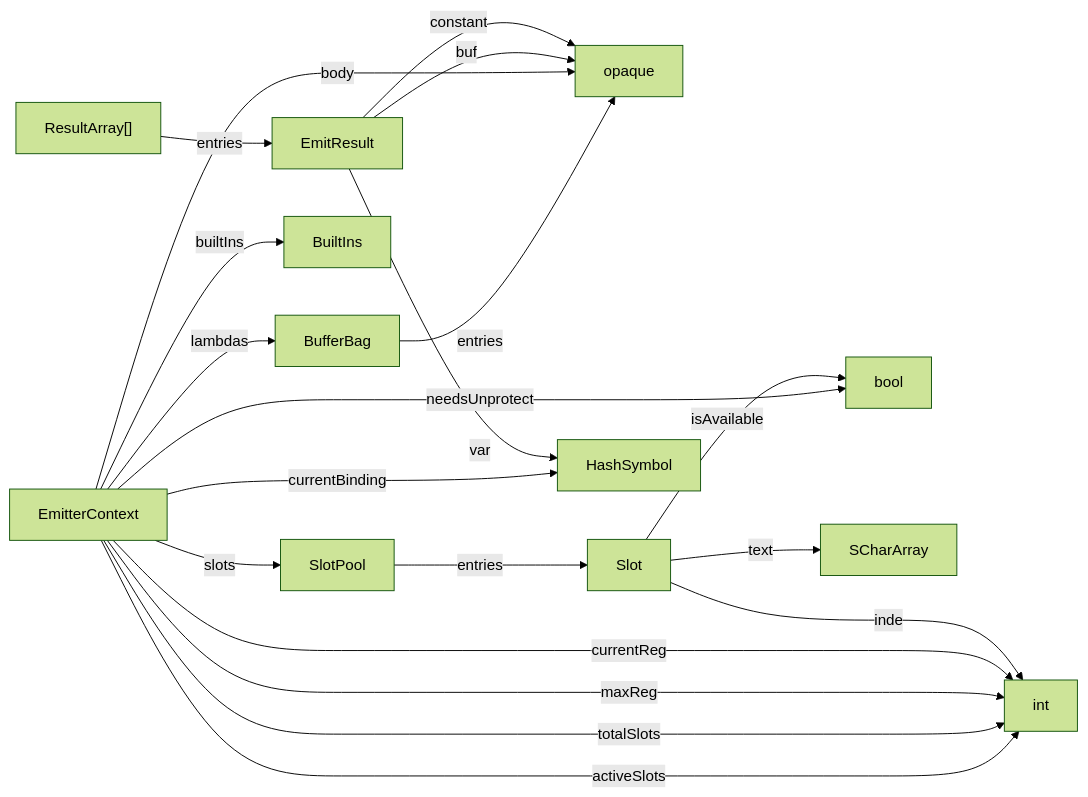
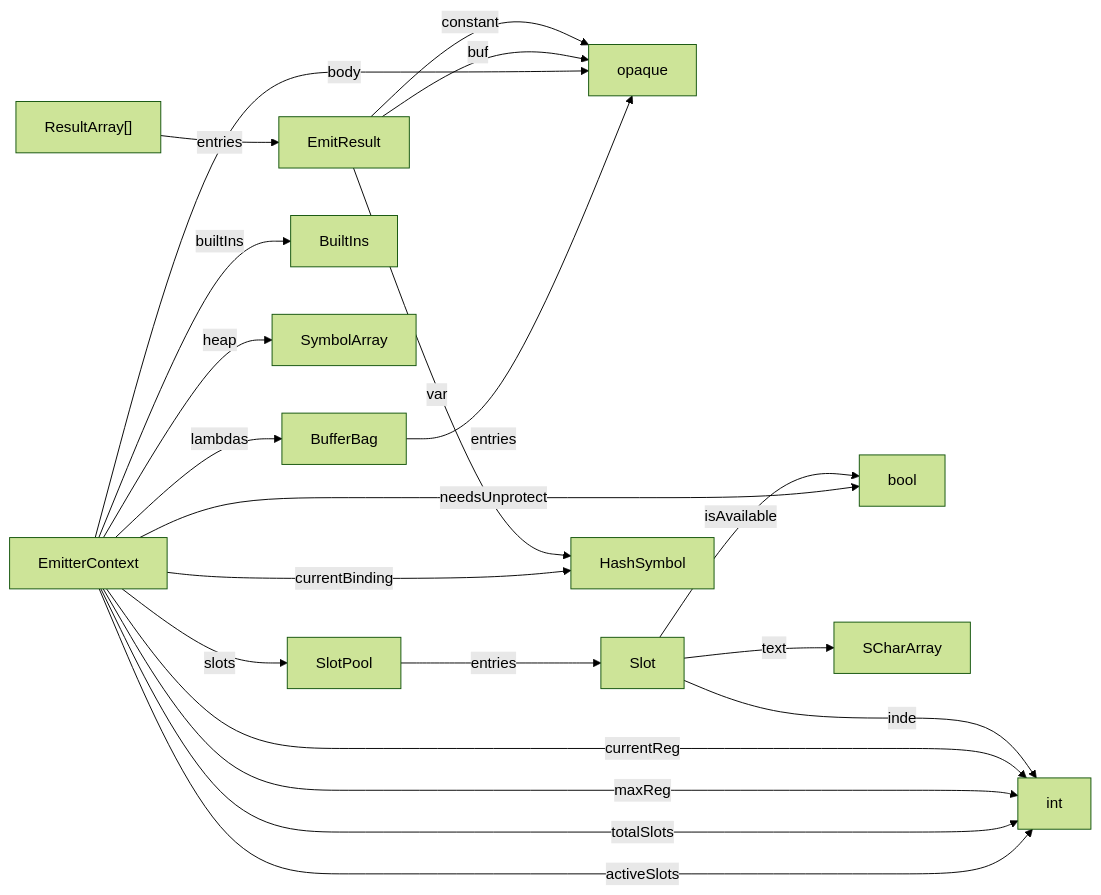
The diagram in docs/generated/emit.md (billhails/CEKF), drawn with Mermaid (forest theme) before and after one commit. The commit also changed 6 other files, not shown here.

````diff
--- a/docs/generated/emit.md
+++ b/docs/generated/emit.md
@@ -5,22 +5,23 @@
 ```mermaid
 flowchart LR
 BufferBag --entries--> opaque
 SlotPool --entries--> Slot
 EmitterContext --currentBinding--> HashSymbol
 EmitterContext --lambdas--> BufferBag
 EmitterContext --body--> opaque
 EmitterContext --builtIns--> BuiltIns
 EmitterContext --slots--> SlotPool
+EmitterContext --heap--> SymbolArray
 EmitterContext --activeSlots--> int
 EmitterContext --totalSlots--> int
 EmitterContext --maxReg--> int
 EmitterContext --currentReg--> int
 EmitterContext --needsUnprotect--> bool
 Slot --isAvailable--> bool
 Slot --text--> SCharArray
 Slot --index--> int
 EmitResult --var--> HashSymbol
 EmitResult --buf--> opaque
 EmitResult --constant--> opaque
 ResultArray["ResultArray[]"] --entries--> EmitResult
 ```
````
